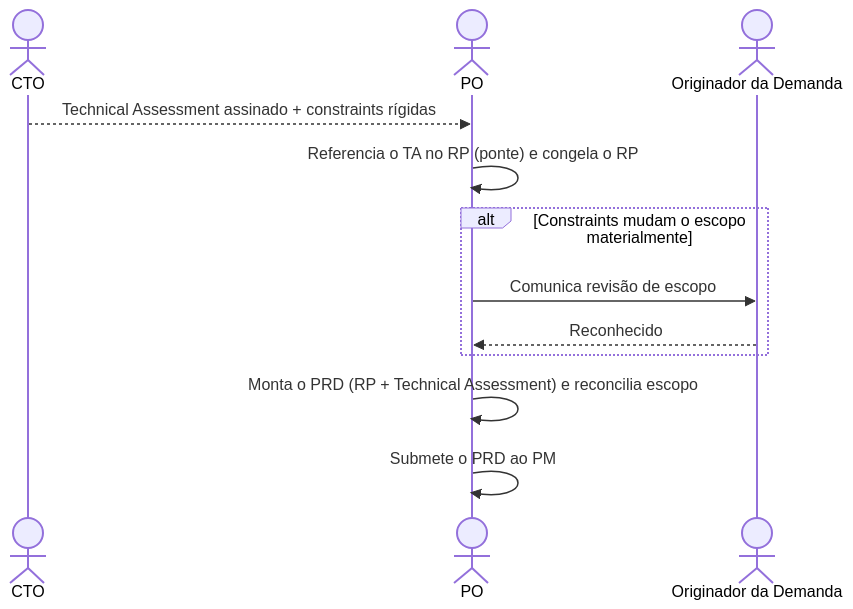
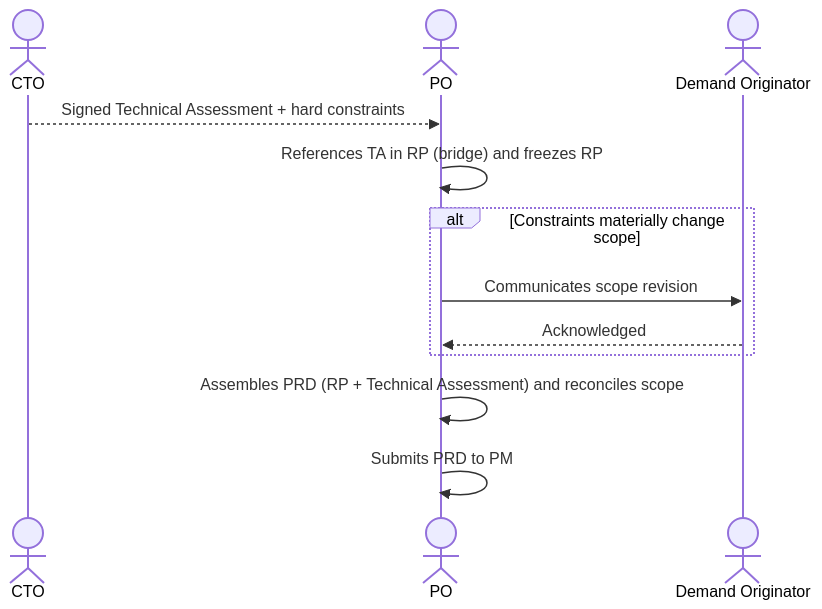
The diagram in interactions/06-cto-to-po.md (hugo-hsbtech/teamwork-process), drawn with Mermaid before and after one commit. The commit also changed other lines of this file and 63 other files, not shown here.

````diff
--- a/interactions/06-cto-to-po.md
+++ b/interactions/06-cto-to-po.md
@@ -64,17 +64,17 @@
 ```mermaid
 sequenceDiagram
     actor CTO as CTO
     actor PO as PO
-    actor ORIG as Originador da Demanda
+    actor ORIG as Demand Originator
 
-    CTO-->>PO: Technical Assessment assinado + constraints rígidas
-    PO->>PO: Referencia o TA no RP (ponte) e congela o RP
+    CTO-->>PO: Signed Technical Assessment + hard constraints
+    PO->>PO: References TA in RP (bridge) and freezes RP
 
-    alt Constraints mudam o escopo materialmente
-        PO->>ORIG: Comunica revisão de escopo
-        ORIG-->>PO: Reconhecido
+    alt Constraints materially change scope
+        PO->>ORIG: Communicates scope revision
+        ORIG-->>PO: Acknowledged
     end
 
-    PO->>PO: Monta o PRD (RP + Technical Assessment) e reconcilia escopo
-    PO->>PO: Submete o PRD ao PM
+    PO->>PO: Assembles PRD (RP + Technical Assessment) and reconciles scope
+    PO->>PO: Submits PRD to PM
 ```
````
